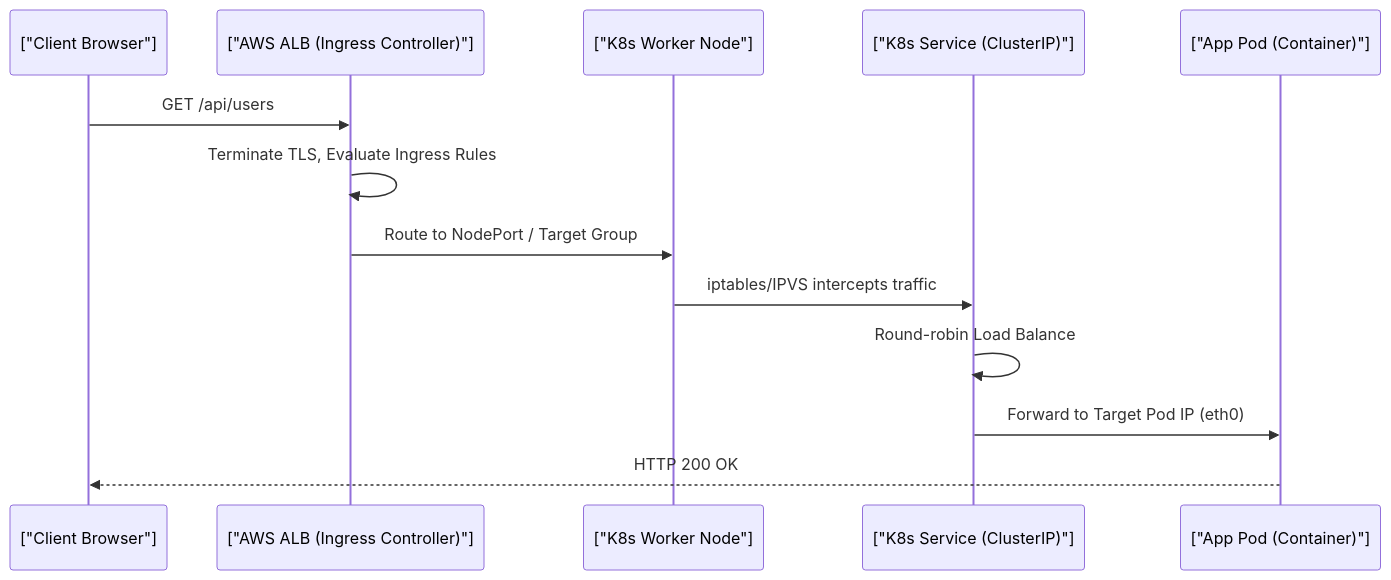
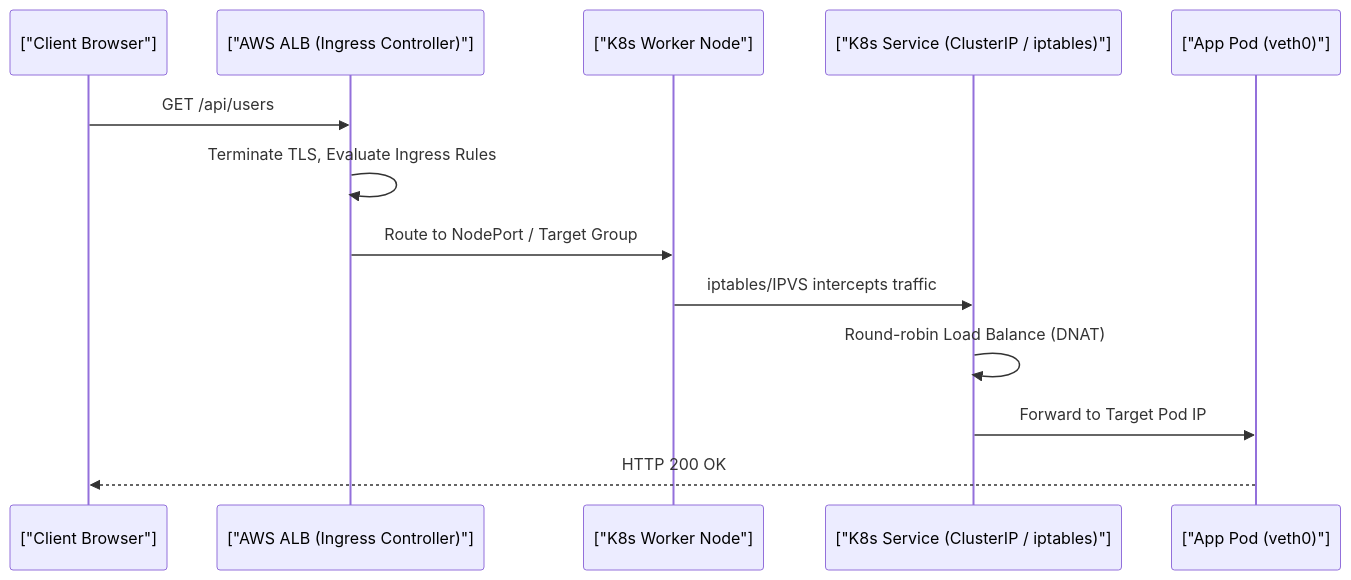
One commit to fazleyrabby/backend-engineering-mastery changed the diagram in cloud-devops/03_aws_cloud_architecture_kubernetes.md. Above: the diagram before and after it, drawn with Mermaid. The commit also changed other lines of this file and 15 other files, not shown here.

````diff
--- a/cloud-devops/03_aws_cloud_architecture_kubernetes.md
+++ b/cloud-devops/03_aws_cloud_architecture_kubernetes.md
@@ -22,16 +14,16 @@
 ```mermaid
 sequenceDiagram
     participant User as ["Client Browser"]
     participant ALB as ["AWS ALB (Ingress Controller)"]
     participant Node as ["K8s Worker Node"]
-    participant SVC as ["K8s Service (ClusterIP)"]
-    participant Pod as ["App Pod (Container)"]
+    participant SVC as ["K8s Service (ClusterIP / iptables)"]
+    participant Pod as ["App Pod (veth0)"]
 
     User->>ALB: GET /api/users
     ALB->>ALB: Terminate TLS, Evaluate Ingress Rules
     ALB->>Node: Route to NodePort / Target Group
     Node->>SVC: iptables/IPVS intercepts traffic
-    SVC->>SVC: Round-robin Load Balance
-    SVC->>Pod: Forward to Target Pod IP (eth0)
+    SVC->>SVC: Round-robin Load Balance (DNAT)
+    SVC->>Pod: Forward to Target Pod IP
     Pod-->>User: HTTP 200 OK
 ```
````
